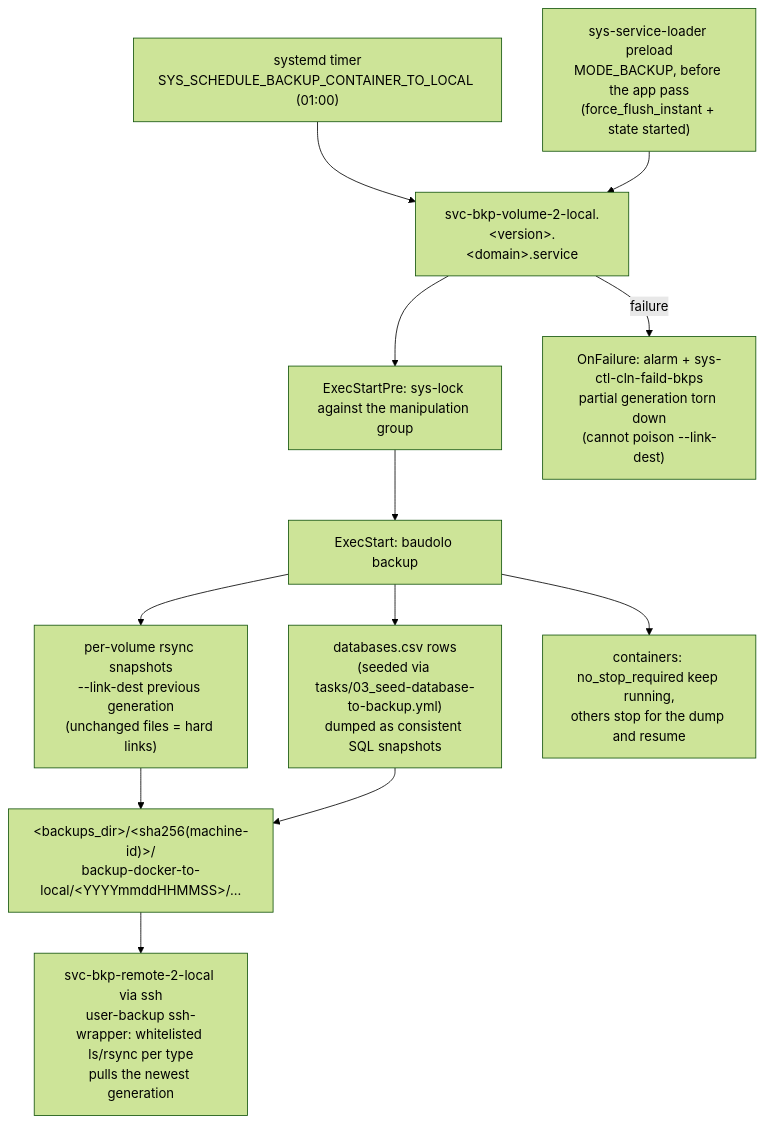
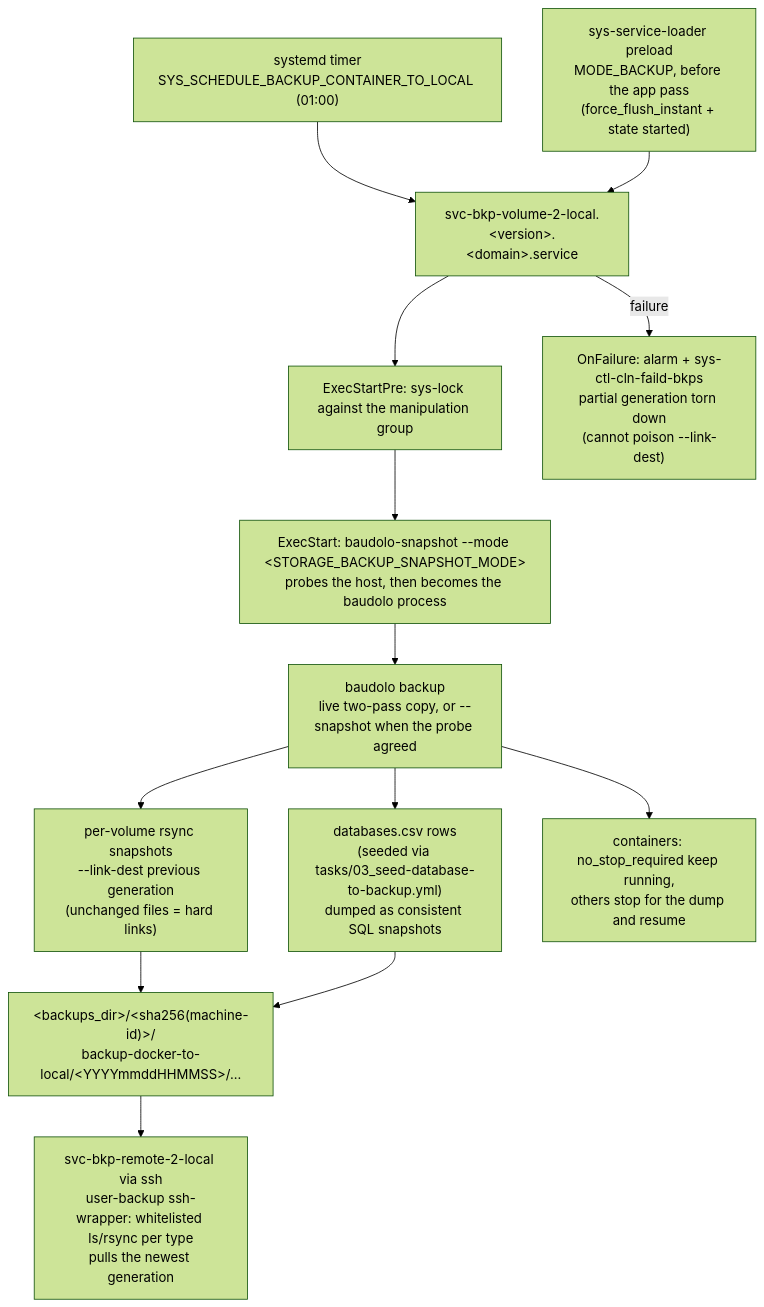
One commit to AlejandroRomanIbanez/infinito-nexus changed the second of 3 diagrams in roles/svc-bkp-volume-2-local/README.md. Above: the diagram before and after it, drawn with Mermaid (forest theme). The commit also changed other lines of this file and 7 other files, not shown here.

````diff
--- a/roles/svc-bkp-volume-2-local/README.md
+++ b/roles/svc-bkp-volume-2-local/README.md
@@ -63,14 +63,15 @@
 ```mermaid
 flowchart TD
     TIMER["systemd timer<br>SYS_SCHEDULE_BACKUP_CONTAINER_TO_LOCAL (01:00)"] --> UNIT
     PRELOAD["sys-service-loader preload<br>MODE_BACKUP, before the app pass<br>(force_flush_instant + state started)"] --> UNIT
     UNIT["svc-bkp-volume-2-local.&lt;version&gt;.&lt;domain&gt;.service"] --> LOCK["ExecStartPre: sys-lock against the manipulation group"]
-    LOCK --> BAUDOLO["ExecStart: baudolo backup"]
+    LOCK --> LAUNCH["ExecStart: baudolo-snapshot --mode &lt;STORAGE_BACKUP_SNAPSHOT_MODE&gt;<br>probes the host, then becomes the baudolo process"]
+    LAUNCH --> BAUDOLO["baudolo backup<br>live two-pass copy, or --snapshot when the probe agreed"]
     BAUDOLO --> FILES["per-volume rsync snapshots<br>--link-dest previous generation<br>(unchanged files = hard links)"]
     BAUDOLO --> DBS["databases.csv rows<br>(seeded via tasks/03_seed-database-to-backup.yml)<br>dumped as consistent SQL snapshots"]
     BAUDOLO --> STOP["containers: no_stop_required keep running,<br>others stop for the dump and resume"]
     FILES --> TREE["&lt;backups_dir&gt;/&lt;sha256(machine-id)&gt;/<br>backup-docker-to-local/&lt;YYYYmmddHHMMSS&gt;/..."]
     DBS --> TREE
     UNIT -->|failure| ALARM["OnFailure: alarm + sys-ctl-cln-faild-bkps<br>partial generation torn down<br>(cannot poison --link-dest)"]
     TREE --> PULL["svc-bkp-remote-2-local via ssh<br>user-backup ssh-wrapper: whitelisted ls/rsync per type<br>pulls the newest generation"]
 ```
````
